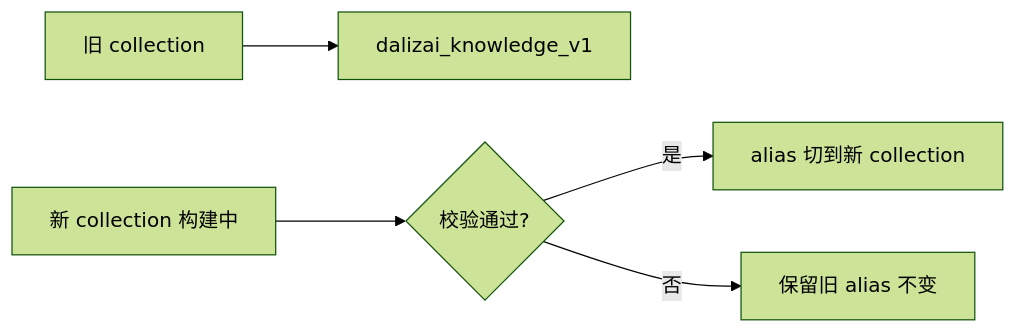
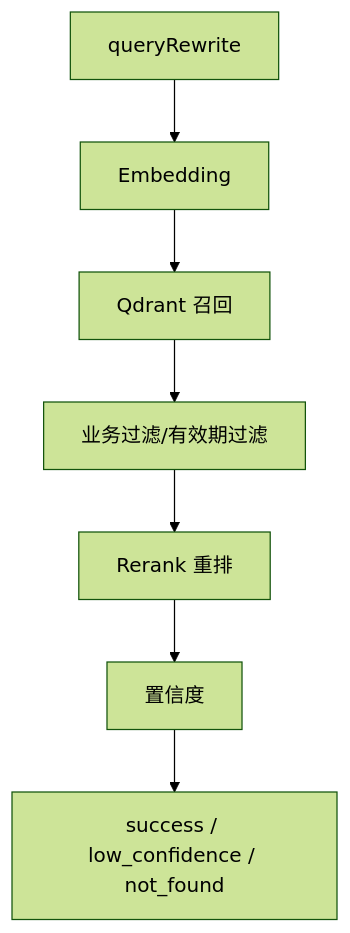
Diagram 19 of 25 in docs/rag_service_design_report_v1.0.md (YYHRICH/dalizai-knowledge-rag-service), drawn with Mermaid (forest theme) before and after one commit. The commit also changed other lines of this file, not shown here.

Commit message:
Refocus RAG design on knowledge governance

````diff
--- a/docs/rag_service_design_report_v1.0.md
+++ b/docs/rag_service_design_report_v1.0.md
@@ -532,8 +625,9 @@
 ```mermaid
-flowchart LR
-    Old[旧 collection] --> Alias[dalizai_knowledge_v1]
-    New[新 collection 构建中]
-    New --> Check{校验通过?}
-    Check -- 是 --> Switch[alias 切到新 collection]
-    Check -- 否 --> Keep[保留旧 alias 不变]
+flowchart TB
+    Rewrite[queryRewrite] --> Emb[Embedding]
+    Emb --> Qdrant[Qdrant 召回]
+    Qdrant --> Filter[业务过滤/有效期过滤]
+    Filter --> Rerank[Rerank 重排]
+    Rerank --> Score[置信度]
+    Score --> Status[success / low_confidence / not_found]
 ```
````
